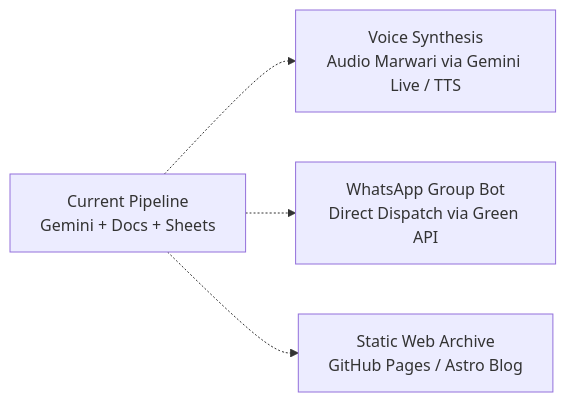
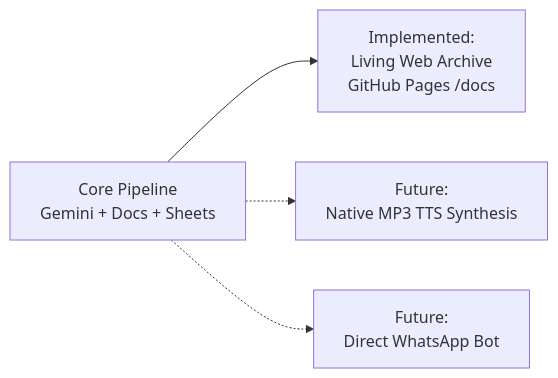
Before and after one commit to piyush-laddha/MarwarVaani: the third of 3 diagrams in ARCHITECTURE.md, drawn with Mermaid. The commit also changed other lines of this file and 7 other files, not shown here.

Commit message:
Add GitHub Pages Web Archive and auto-sync pipeline

````diff
--- a/ARCHITECTURE.md
+++ b/ARCHITECTURE.md
@@ -180,12 +180,7 @@
 ```mermaid
 flowchart LR
-    Current[Current Pipeline<br/>Gemini + Docs + Sheets]
+    Current[Core Pipeline<br/>Gemini + Docs + Sheets] --> Web[Implemented:<br/>Living Web Archive<br/>GitHub Pages /docs]
     
-    TTS[Voice Synthesis<br/>Audio Marwari via Gemini Live / TTS]
-    WA[WhatsApp Group Bot<br/>Direct Dispatch via Green API]
-    Web[Static Web Archive<br/>GitHub Pages / Astro Blog]
-
-    Current -.-> TTS
-    Current -.-> WA
-    Current -.-> Web
+    Current -.-> TTS[Future:<br/>Native MP3 TTS Synthesis]
+    Current -.-> WA[Future:<br/>Direct WhatsApp Bot]
 ```
````
